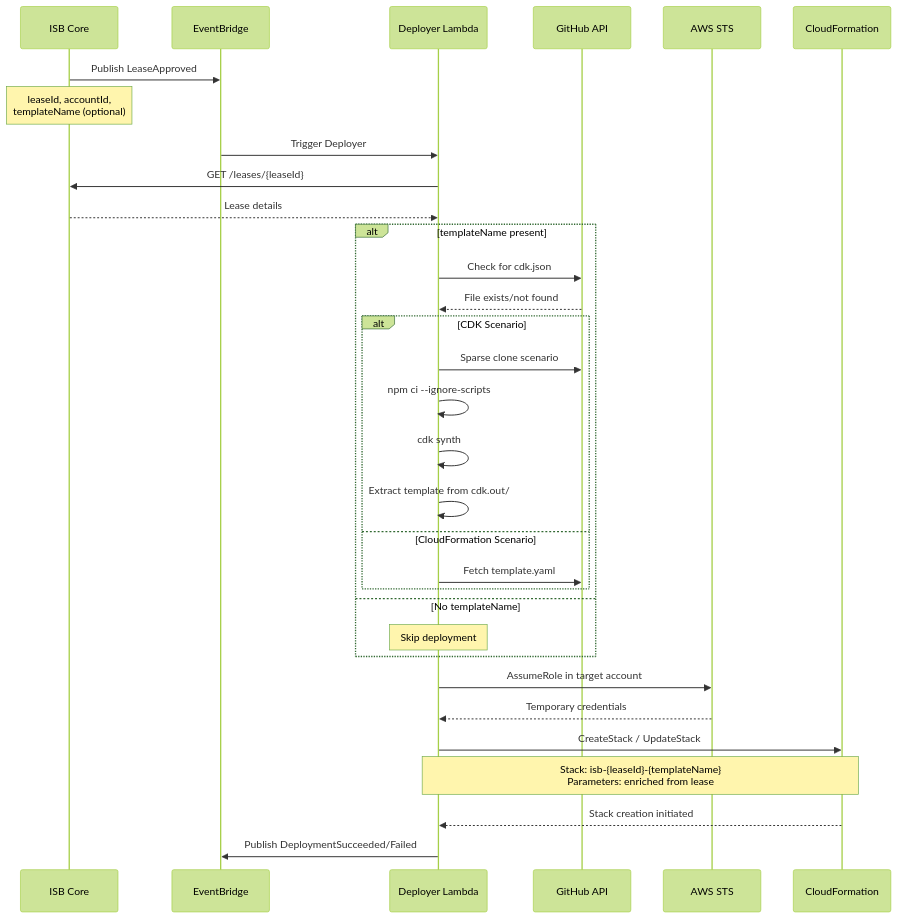
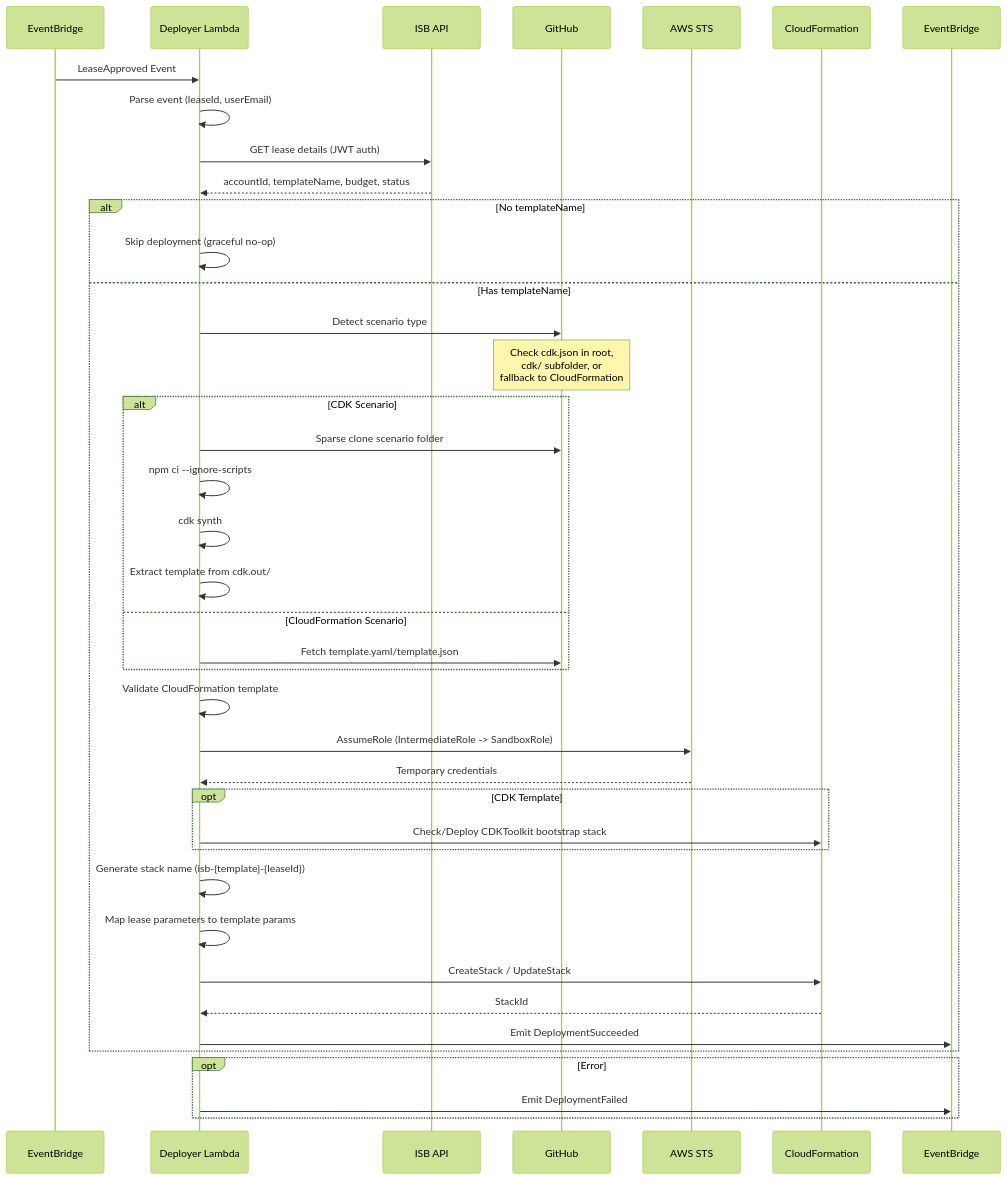
One commit to co-cddo/ndx-try-arch changed the second of 2 diagrams in docs/23-deployer.md. Above: the diagram before and after it, drawn with Mermaid (forest theme). The commit also changed other lines of this file and 41 other files, not shown here.

First line of the commit message:
docs: update NDX architecture documentation (#9)

````diff
--- a/docs/23-deployer.md
+++ b/docs/23-deployer.md
@@ -72,42 +79,51 @@
 ```mermaid
 sequenceDiagram
-    participant ISB as ISB Core
     participant EB as EventBridge
-    participant DEPLOYER as Deployer Lambda
-    participant GH as GitHub API
+    participant Lambda as Deployer Lambda
+    participant API as ISB API
+    participant GH as GitHub
     participant STS as AWS STS
     participant CFN as CloudFormation
+    participant EB2 as EventBridge
 
-    ISB->>EB: Publish LeaseApproved
-    Note over ISB: leaseId, accountId,<br/>templateName (optional)
+    EB->>Lambda: LeaseApproved Event
 
-    EB->>DEPLOYER: Trigger Deployer
-    DEPLOYER->>ISB: GET /leases/{leaseId}
-    ISB-->>DEPLOYER: Lease details
+    Lambda->>Lambda: Parse event (leaseId, userEmail)
+    Lambda->>API: GET lease details (JWT auth)
+    API-->>Lambda: accountId, templateName, budget, status
 
-    alt templateName present
-        DEPLOYER->>GH: Check for cdk.json
-        GH-->>DEPLOYER: File exists/not found
+    alt No templateName
+        Lambda->>Lambda: Skip deployment (graceful no-op)
+    else Has templateName
+        Lambda->>GH: Detect scenario type
+        Note over GH: Check cdk.json in root,<br/>cdk/ subfolder, or<br/>fallback to CloudFormation
 
         alt CDK Scenario
-            DEPLOYER->>GH: Sparse clone scenario
-            DEPLOYER->>DEPLOYER: npm ci --ignore-scripts
-            DEPLOYER->>DEPLOYER: cdk synth
-            DEPLOYER->>DEPLOYER: Extract template from cdk.out/
+            Lambda->>GH: Sparse clone scenario folder
+            Lambda->>Lambda: npm ci --ignore-scripts
+            Lambda->>Lambda: cdk synth
+            Lambda->>Lambda: Extract template from cdk.out/
         else CloudFormation Scenario
-            DEPLOYER->>GH: Fetch template.yaml
+            Lambda->>GH: Fetch template.yaml/template.json
         end
-    else No templateName
-        Note over DEPLOYER: Skip deployment
+
+        Lambda->>Lambda: Validate CloudFormation template
+        Lambda->>STS: AssumeRole (IntermediateRole -> SandboxRole)
+        STS-->>Lambda: Temporary credentials
+
+        opt CDK Template
+            Lambda->>CFN: Check/Deploy CDKToolkit bootstrap stack
+        end
+
+        Lambda->>Lambda: Generate stack name (isb-{template}-{leaseId})
+        Lambda->>Lambda: Map lease parameters to template params
+        Lambda->>CFN: CreateStack / UpdateStack
+        CFN-->>Lambda: StackId
+
+        Lambda->>EB2: Emit DeploymentSucceeded
     end
 
-    DEPLOYER->>STS: AssumeRole in target account
-    STS-->>DEPLOYER: Temporary credentials
-
-    DEPLOYER->>CFN: CreateStack / UpdateStack
-    Note over DEPLOYER,CFN: Stack: isb-{leaseId}-{templateName}<br/>Parameters: enriched from lease
-
-    CFN-->>DEPLOYER: Stack creation initiated
-
-    DEPLOYER->>EB: Publish DeploymentSucceeded/Failed
+    opt Error
+        Lambda->>EB2: Emit DeploymentFailed
+    end
 ```
````
